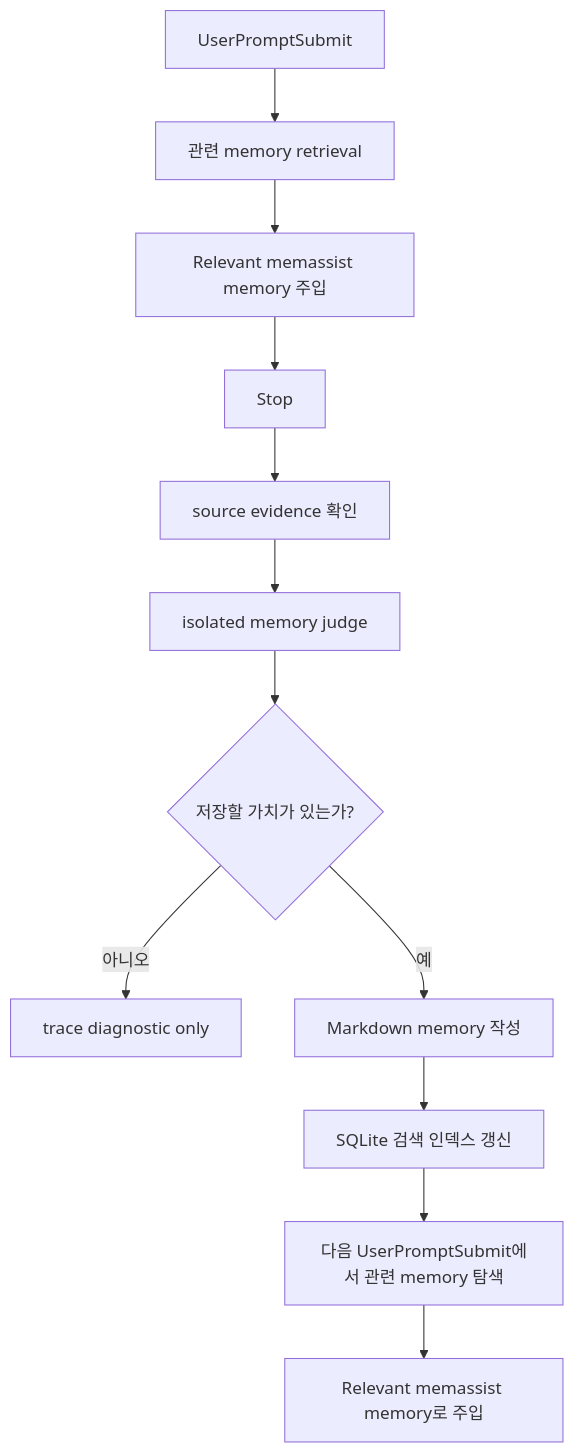
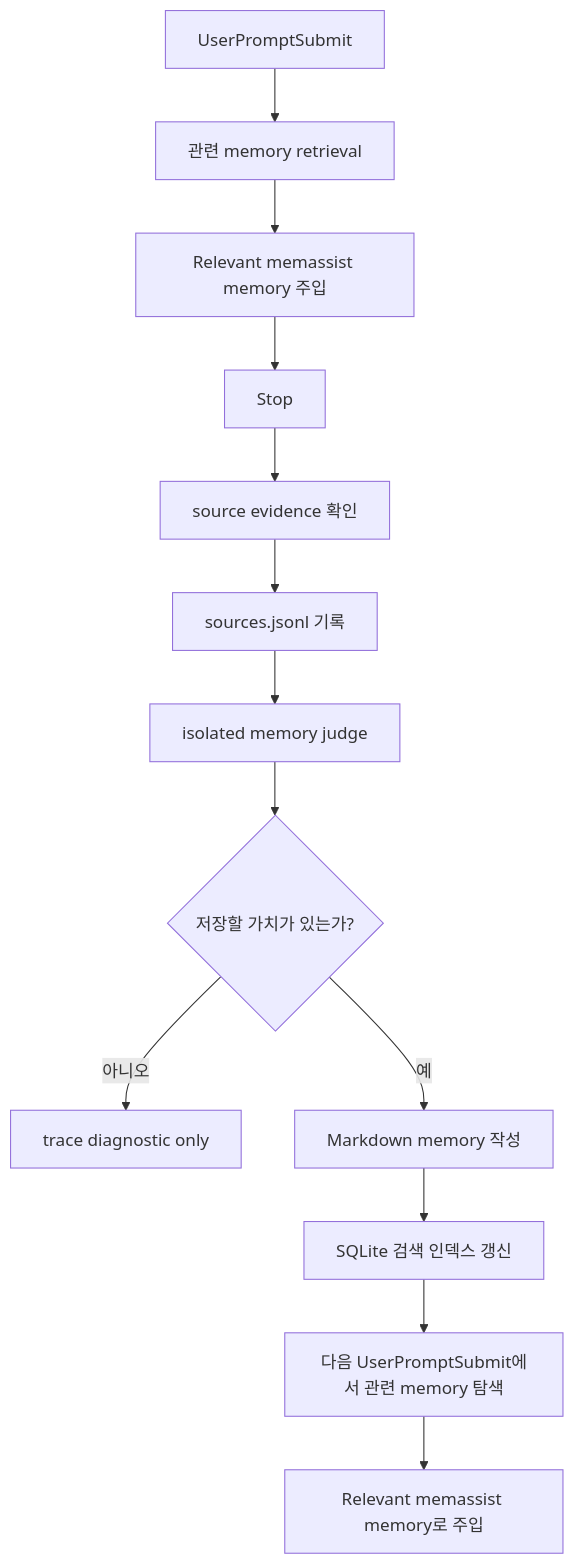
Before and after one commit to lteawoo/MemAssist: the fourth of 8 diagrams in README.md, drawn with Mermaid. The commit also changed other lines of this file and 52 other files, not shown here.

````diff
--- a/README.md
+++ b/README.md
@@ -220,14 +229,15 @@
 ```mermaid
 flowchart TD
     A[UserPromptSubmit] --> B[관련 memory retrieval]
     B --> C[Relevant memassist memory 주입]
     C --> D[Stop]
     D --> E[source evidence 확인]
-    E --> F[isolated memory judge]
+    E --> E2[sources.jsonl 기록]
+    E2 --> F[isolated memory judge]
     F --> G{저장할 가치가 있는가?}
     G -->|아니오| H[trace diagnostic only]
     G -->|예| I[Markdown memory 작성]
     I --> J[SQLite 검색 인덱스 갱신]
     J --> K[다음 UserPromptSubmit에서 관련 memory 탐색]
     K --> L[Relevant memassist memory로 주입]
 ```
````
